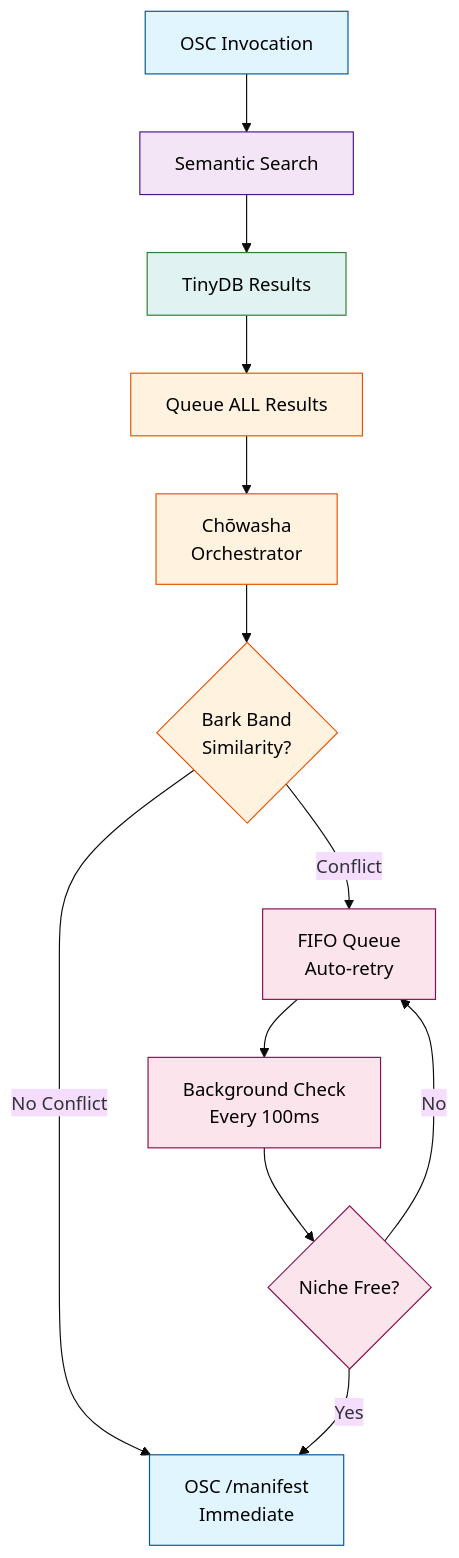
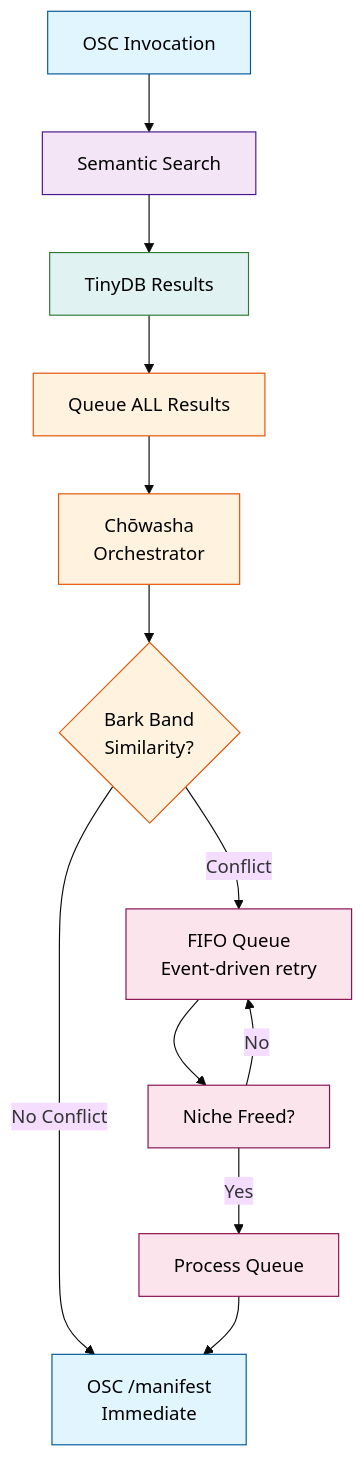
One commit to jpdrecourt/hibikido changed the first of 3 diagrams in docs/TECHNICAL_GUIDE.md. Above: the diagram before and after it, drawn with Mermaid (base theme). The commit also changed other lines of this file and 13 other files, not shown here.

````diff
--- a/docs/TECHNICAL_GUIDE.md
+++ b/docs/TECHNICAL_GUIDE.md
@@ -9,25 +9,25 @@
 ```mermaid
 graph TD
     A[OSC Invocation] --> B[Semantic Search]
     B --> C[TinyDB Results]
     C --> D[Queue ALL Results]
     D --> E[Chōwasha<br/>Orchestrator]
     E --> F{Bark Band<br/>Similarity?}
     F -->|No Conflict| G[OSC /manifest<br/>Immediate]
-    F -->|Conflict| H[FIFO Queue<br/>Auto-retry]
-    H --> I[Background Check<br/>Every 100ms]
-    I --> J{Niche Free?}
-    J -->|Yes| G
-    J -->|No| H
+    F -->|Conflict| H[FIFO Queue<br/>Event-driven retry]
+    H --> I[Niche Freed?]
+    I -->|Yes| J[Process Queue]
+    J --> G
+    I -->|No| H
 
     style A fill:#e1f5fe,stroke:#01579b,color:#000
     style B fill:#f3e5f5,stroke:#4a148c,color:#000
     style C fill:#e0f2f1,stroke:#2e7d32,color:#000
     style D fill:#fff3e0,stroke:#e65100,color:#000
     style E fill:#fff3e0,stroke:#e65100,color:#000
     style F fill:#fff3e0,stroke:#e65100,color:#000
     style G fill:#e1f5fe,stroke:#01579b,color:#000
     style H fill:#fce4ec,stroke:#880e4f,color:#000
     style I fill:#fce4ec,stroke:#880e4f,color:#000
     style J fill:#fce4ec,stroke:#880e4f,color:#000
 ```
````
